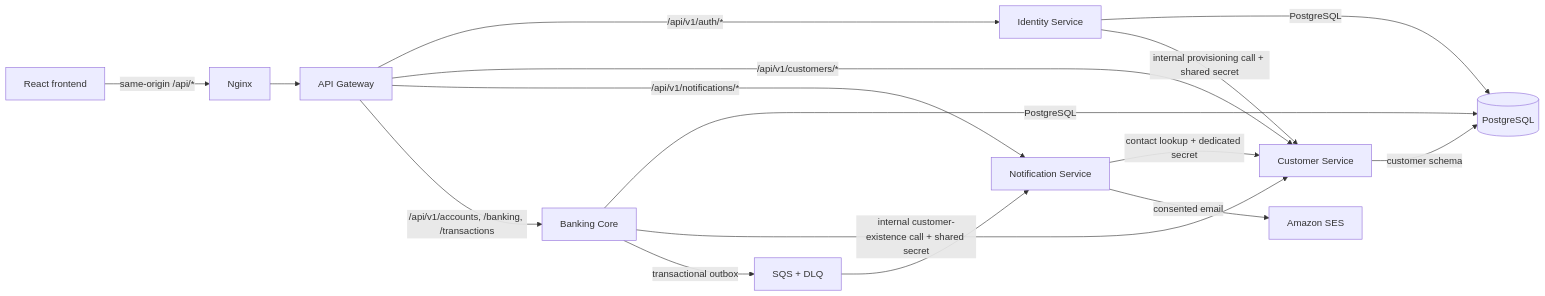
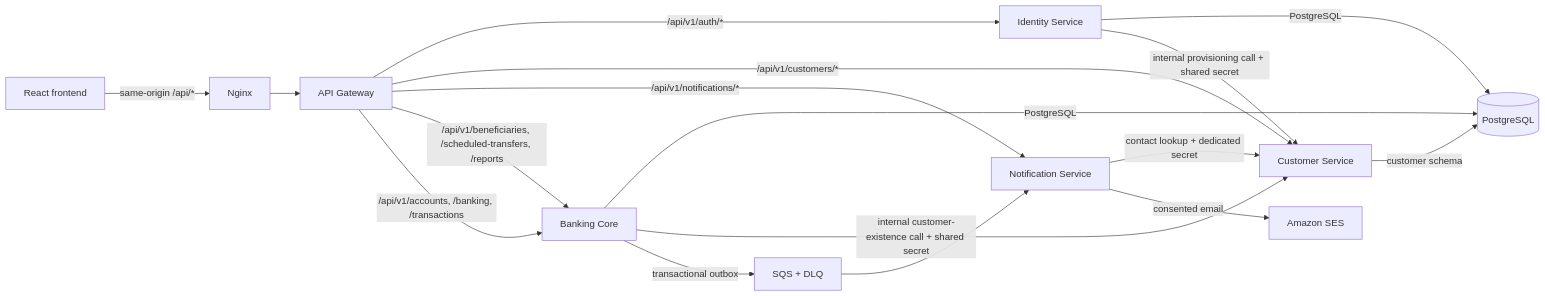
Before and after one commit to santhosh-1974/event-source-ledger: the first of 2 diagrams in docs/architecture.md, drawn with Mermaid. The commit also changed other lines of this file and 38 other files, not shown here.

````diff
--- a/docs/architecture.md
+++ b/docs/architecture.md
@@ -24,18 +26,19 @@
 ```mermaid
 flowchart LR
     Browser[React frontend] -->|same-origin /api/*| Nginx
     Nginx --> Gateway[API Gateway]
     Gateway -->|/api/v1/auth/*| Identity[Identity Service]
     Gateway -->|/api/v1/customers/*| Customer[Customer Service]
     Gateway -->|/api/v1/notifications/*| Notification[Notification Service]
+    Gateway -->|/api/v1/beneficiaries, /scheduled-transfers, /reports| Banking
     Gateway -->|/api/v1/accounts, /banking, /transactions| Banking[Banking Core]
     Identity -->|PostgreSQL| DB[(PostgreSQL)]
     Banking -->|PostgreSQL| DB
     Customer -->|customer schema| DB
     Identity -->|internal provisioning call + shared secret| Customer
     Banking -->|internal customer-existence call + shared secret| Customer
     Banking -->|transactional outbox| Queue[SQS + DLQ]
     Queue --> Notification
     Notification -->|contact lookup + dedicated secret| Customer
     Notification -->|consented email| SES[Amazon SES]
 ```
````
